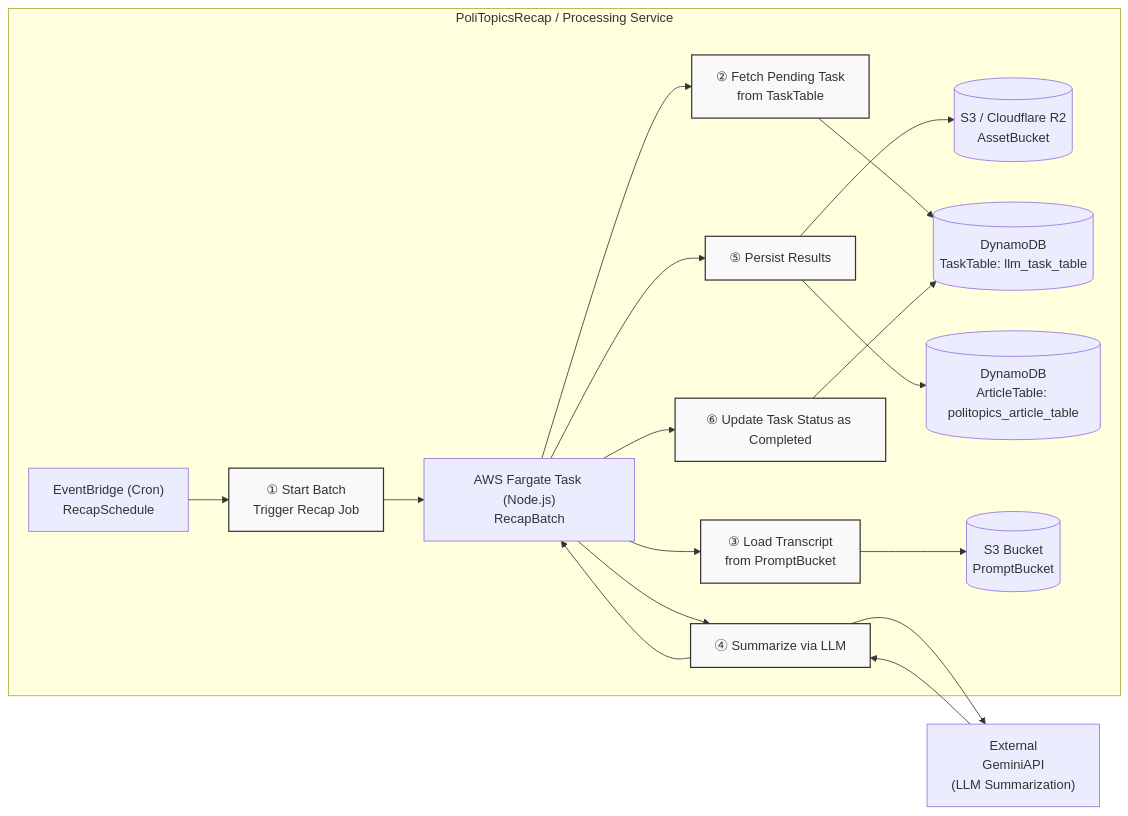
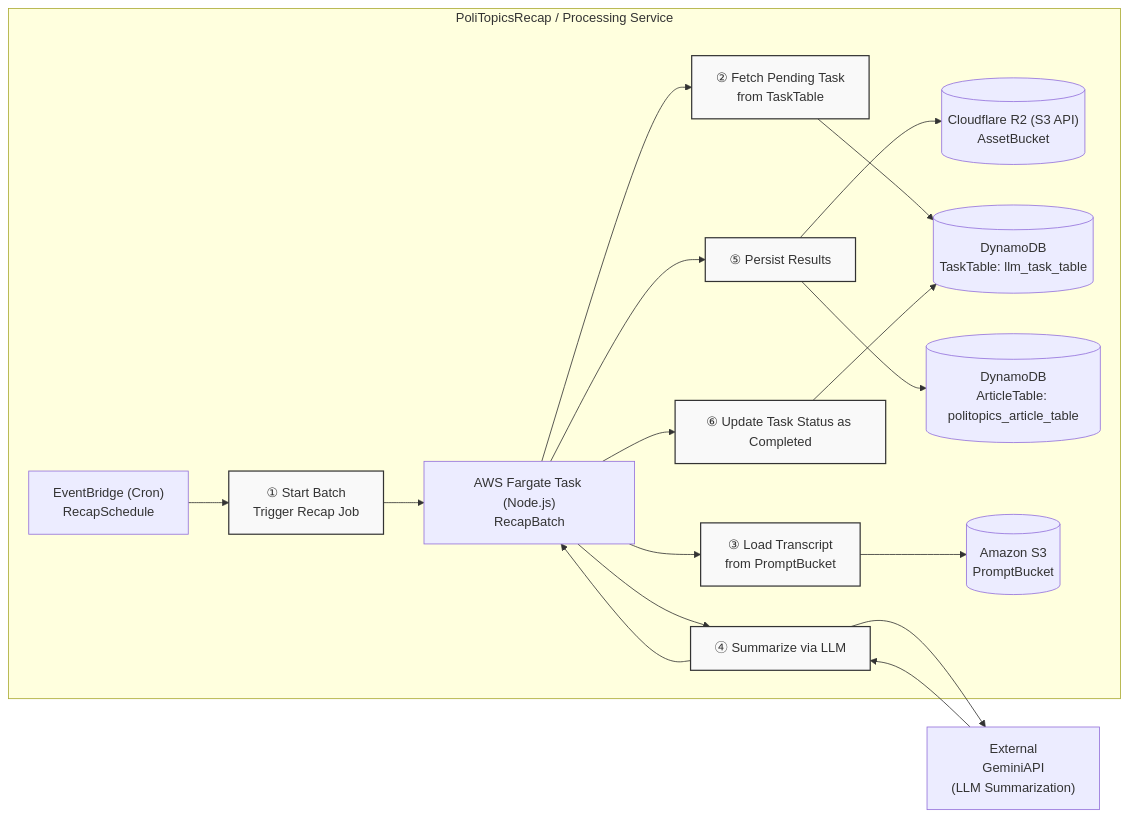
One commit to Keyhole-Koro/PoliTopics changed the diagram in docs/diagrams/recap.mmd. Above: the diagram before and after it, drawn with Mermaid. The commit also changed 55 other files, not shown here.

```diff
--- a/docs/diagrams/recap.mmd
+++ b/docs/diagrams/recap.mmd
@@ -1,36 +1,36 @@
 ---
 config:
   layout: dagre
 ---
 flowchart LR
  subgraph RP["PoliTopicsRecap / Processing Service"]
         RecapSchedule["EventBridge (Cron)<br>RecapSchedule"]
         RecapBatch["AWS Fargate Task (Node.js)<br>RecapBatch"]
         S1["① Start Batch<br>Trigger Recap Job"]
         S2["② Fetch Pending Task<br>from TaskTable"]
         S3["③ Load Transcript<br>from PromptBucket"]
         S4["④ Summarize via LLM"]
         S5["⑤ Persist Results"]
         S6["⑥ Update Task Status as Completed"]
-        AssetBucket[("S3 / Cloudflare R2<br>AssetBucket")]
+        AssetBucket[("Cloudflare R2 (S3 API)<br>AssetBucket")]
         TaskTable[("DynamoDB<br>TaskTable: llm_task_table")]
         ArticleTable[("DynamoDB<br>ArticleTable: politopics_article_table")]
-        PromptBucket[("S3 Bucket<br>PromptBucket")]
+        PromptBucket[("Amazon S3<br>PromptBucket")]
   end
     RecapSchedule --> S1
     S1 --> RecapBatch
     RecapBatch --> S2 & S3 & S4 & S5 & S6
     S2 --> TaskTable
     S3 --> PromptBucket
     S4 --> GeminiAPI["External<br>GeminiAPI<br>(LLM Summarization)"] & RecapBatch
     GeminiAPI --> S4
     S5 --> AssetBucket & ArticleTable
     S6 --> TaskTable
 
      S1:::step
      S2:::step
      S3:::step
      S4:::step
      S5:::step
      S6:::step
     classDef step fill:#f9f9f9,stroke:#333,stroke-width:1.5px
```
